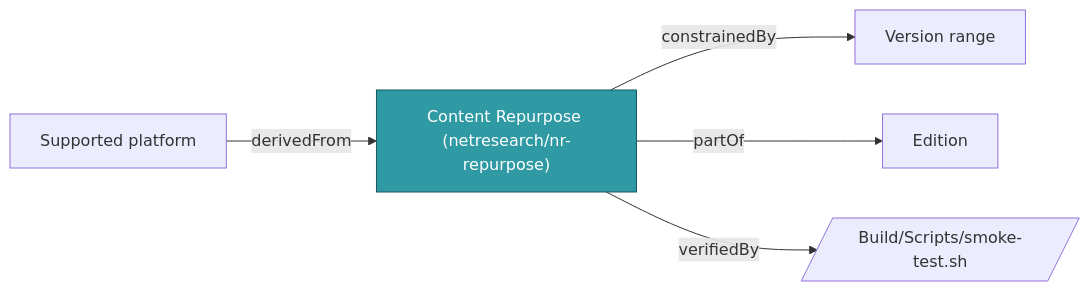
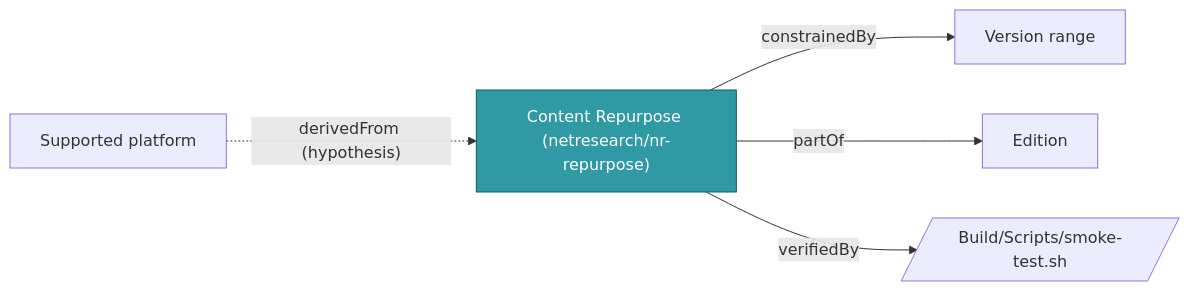
One commit to netresearch/typo3-ai-edition changed the diagram in docs/ontology/concepts/members/nr-repurpose.md. Above: the diagram before and after it, drawn with Mermaid. The commit also changed 13 other files, not shown here.

````diff
--- a/docs/ontology/concepts/members/nr-repurpose.md
+++ b/docs/ontology/concepts/members/nr-repurpose.md
@@ -19,14 +19,14 @@
 ```mermaid
 flowchart LR
   c["Content Repurpose (netresearch/nr-repurpose)"]
   n1["Version range"]
   n2["Edition"]
   n3[/"Build/Scripts/smoke-test.sh"/]
   n4["Supported platform"]
   c -->|"constrainedBy"| n1
   c -->|"partOf"| n2
   c -->|"verifiedBy"| n3
-  n4 -->|"derivedFrom"| c
+  n4 -.->|"derivedFrom (hypothesis)"| c
   classDef focus fill:#2F99A4,stroke:#15585E,color:#ffffff
   class c focus
 ```
````
